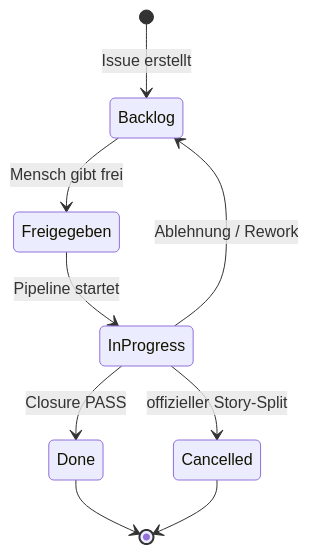
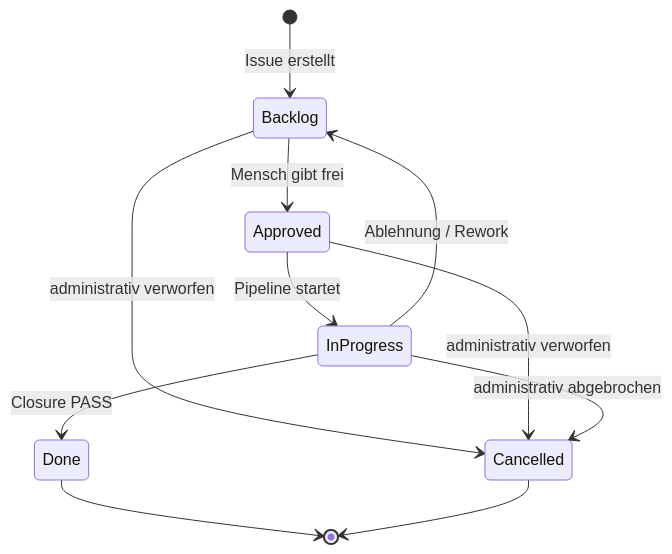
One commit to saltenhof/claude-agentkit3 changed the first of 5 diagrams in concept/technical-design/02_domaenenmodell_zustaende_artefakte.md. Above: the diagram before and after it, drawn with Mermaid. The commit also changed other lines of this file and 202 other files, not shown here.

First line of the commit message:
Complete BC architecture cut + boundary_modules + Phase D/E migration

````diff
--- a/concept/technical-design/02_domaenenmodell_zustaende_artefakte.md
+++ b/concept/technical-design/02_domaenenmodell_zustaende_artefakte.md
@@ -62,11 +62,13 @@
 ```mermaid
 stateDiagram-v2
     [*] --> Backlog : Issue erstellt
-    Backlog --> Freigegeben : Mensch gibt frei
-    Freigegeben --> InProgress : Pipeline startet
+    Backlog --> Approved : Mensch gibt frei
+    Backlog --> Cancelled : administrativ verworfen
+    Approved --> InProgress : Pipeline startet
+    Approved --> Cancelled : administrativ verworfen
     InProgress --> Done : Closure PASS
-    InProgress --> Cancelled : offizieller Story-Split
+    InProgress --> Cancelled : administrativ abgebrochen
     InProgress --> Backlog : Ablehnung / Rework
     Done --> [*]
     Cancelled --> [*]
 ```
````
